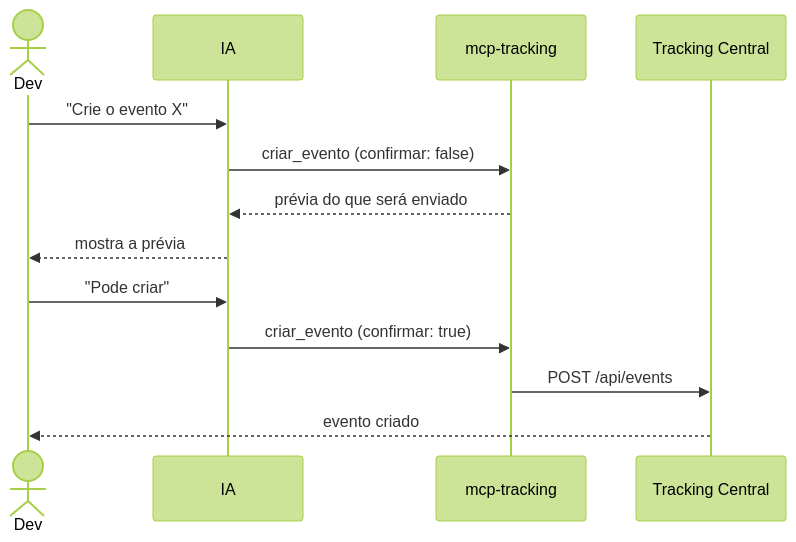
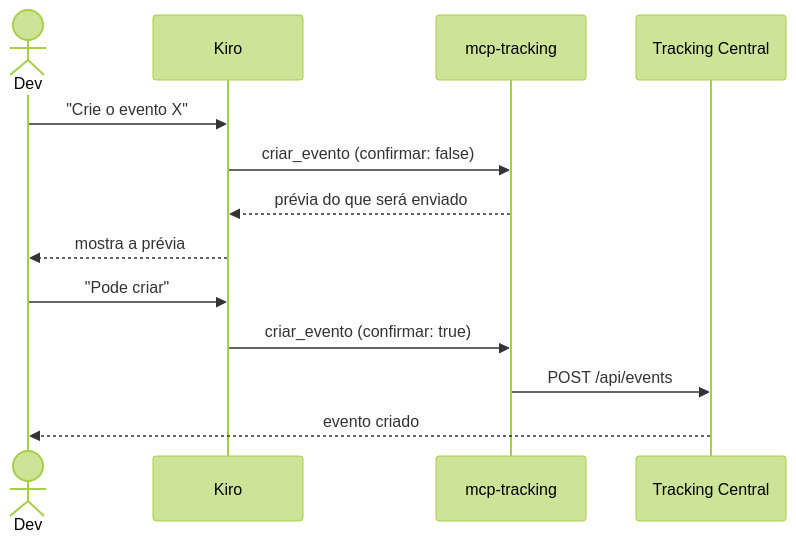
One commit to nicolaszalasik/mcp-tracking changed the second of 2 diagrams in README.md. Above: the diagram before and after it, drawn with Mermaid (forest theme). The commit also changed other lines of this file, not shown here.

First line of the commit message:
README: foca a instalação no Kiro

````diff
--- a/README.md
+++ b/README.md
@@ -93,15 +75,15 @@
 ```mermaid
 sequenceDiagram
     actor Dev
-    participant IA
+    participant Kiro
     participant MCP as mcp-tracking
     participant TC as Tracking Central
-    Dev->>IA: "Crie o evento X"
-    IA->>MCP: criar_evento (confirmar: false)
-    MCP-->>IA: prévia do que será enviado
-    IA-->>Dev: mostra a prévia
-    Dev->>IA: "Pode criar"
-    IA->>MCP: criar_evento (confirmar: true)
+    Dev->>Kiro: "Crie o evento X"
+    Kiro->>MCP: criar_evento (confirmar: false)
+    MCP-->>Kiro: prévia do que será enviado
+    Kiro-->>Dev: mostra a prévia
+    Dev->>Kiro: "Pode criar"
+    Kiro->>MCP: criar_evento (confirmar: true)
     MCP->>TC: POST /api/events
     TC-->>Dev: evento criado
 ```
````
